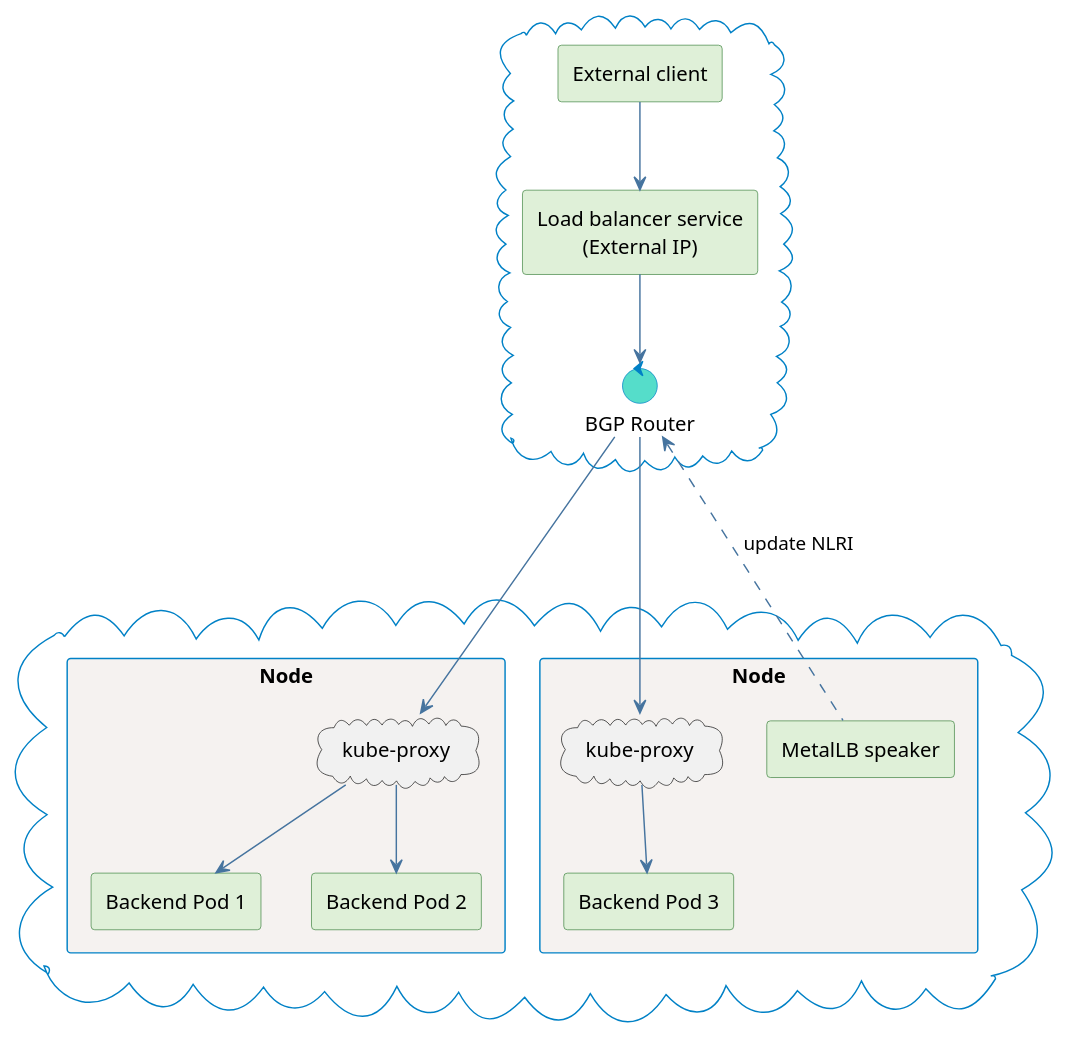
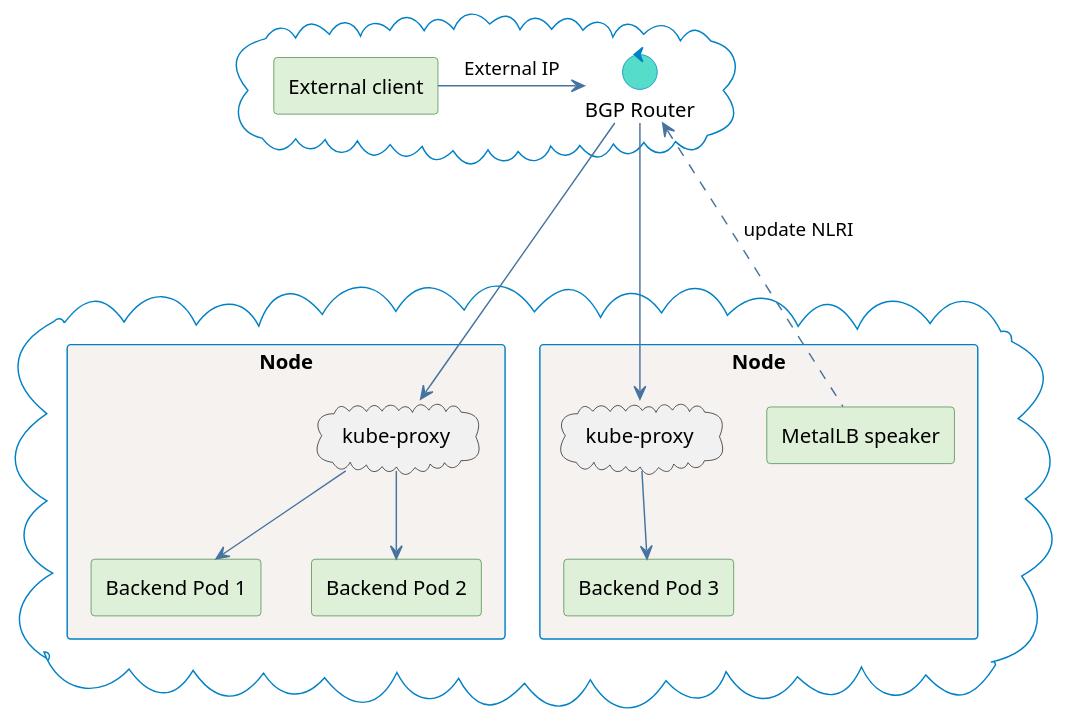
The third of 4 diagrams in post/2020-02-19-kubernetes-lb.adoc (chenhm/blog), drawn with PlantUML before and after one commit.

```diff
--- a/post/2020-02-19-kubernetes-lb.adoc
+++ b/post/2020-02-19-kubernetes-lb.adoc
@@ -117,49 +117,48 @@
 [plantuml]
 ----
 skinparam handwritten false
 skinparam {
     defaultTextAlignment center
     shadowing false
     arrowColor #46749F
     RectangleBorderColor #CCCCCC
     RectangleBackgroundColor #F5F2F0
     ComponentBorderColor #46749F
     ComponentBackgroundColor #E5ECF0
     UsecaseBorderColor #46749F
     UsecaseBackgroundColor #E5ECF0
     ControlBorderColor #0081C6
     ControlBackgroundColor #55DDCA
     frameBorderColor #0081C6
     packageBorderColor #0081C6
     AgentBorderColor #468847
     AgentBackgroundColor #DFF0D8
 }
 
 cloud {
     agent "External client" as client
-    agent "Load balancer service\n(External IP)" as service
+'    agent "Load balancer service\n(External IP)" as service
     control "BGP Router" as router
-    client --> service
-    service --> router
+    client -> router: "External IP"
 }
 
 cloud {
 rectangle "Node"{
     cloud "kube-proxy" as service1
     agent "Backend Pod 1" as pod1
     agent "Backend Pod 2" as pod2
 }
 rectangle "Node" as node2{
     cloud "kube-proxy" as service2
     agent "MetalLB speaker" as speaker
     agent "Backend Pod 3" as pod3
 }
 }
 
 router --> service1
 router --> service2
 router <... speaker: " update NLRI"
 service1 --> pod1
 service1 --> pod2
 service2 --> pod3
 ----
```
